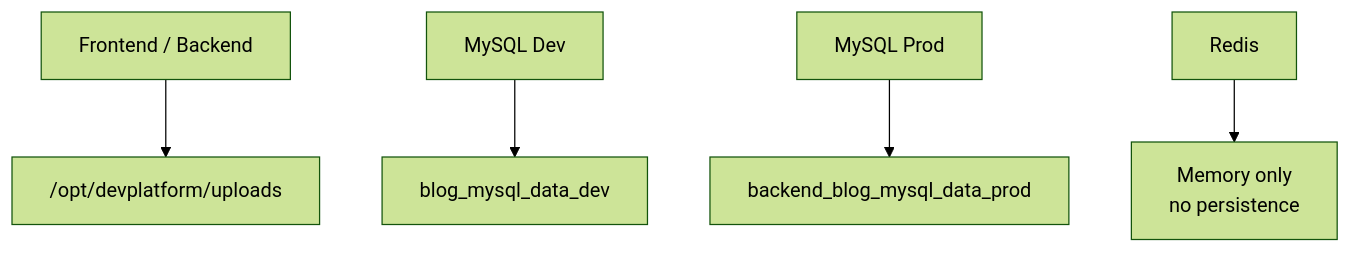
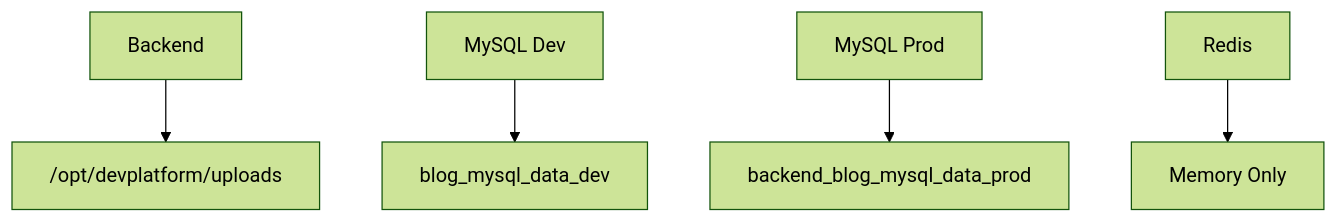
The third of 6 diagrams in docs/architecture-overview.md (N40134318/blog-system), drawn with Mermaid (forest theme) before and after one commit. The commit also changed other lines of this file and 3 other files, not shown here.

````diff
--- a/docs/architecture-overview.md
+++ b/docs/architecture-overview.md
@@ -125,13 +104,9 @@
-```mermaid
+``` mermaid
+flowchart TD
+  A["Backend"] --> B["/opt/devplatform/uploads"]
 
-flowchart TD
+  C["MySQL Dev"] --> D["blog_mysql_data_dev"]
+  E["MySQL Prod"] --> F["backend_blog_mysql_data_prod"]
 
-A["Frontend / Backend"] --> B["/opt/devplatform/uploads"]
-
-C["MySQL Dev"] --> D["blog_mysql_data_dev"]
-
-E["MySQL Prod"] --> F["backend_blog_mysql_data_prod"]
-
-G["Redis"] --> H["Memory only<br/>no persistence"]
-
+  G["Redis"] --> H["Memory Only"]
 ```
````
